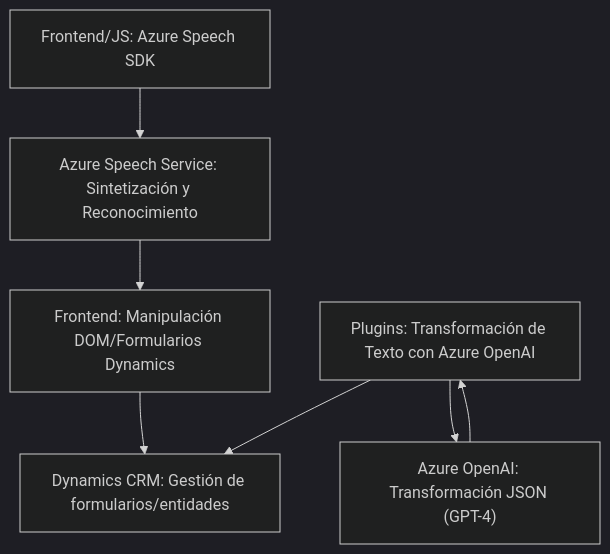
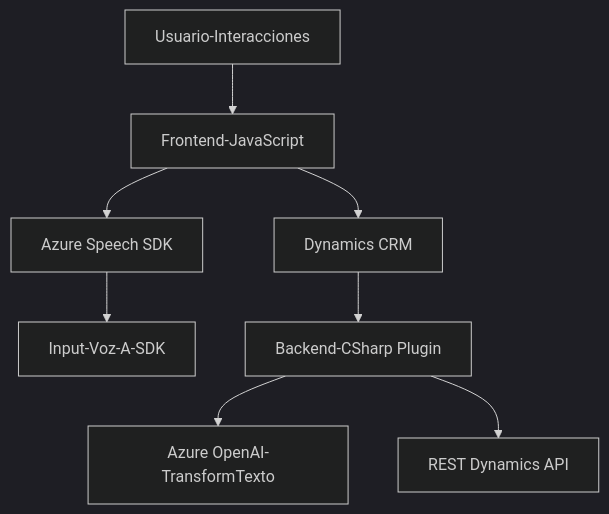
One commit to blopezdm/NETCORE_BILBAO2025 changed the diagram in README.md. Above: the diagram before and after it, drawn with Mermaid (dark theme). The commit also changed other lines of this file, not shown here.

Commit message:
Actualizar análisis global de la solución con IA

````diff
--- a/README.md
+++ b/README.md
@@ -38,16 +42,19 @@
 ```mermaid
 graph TD
-    A["Frontend/JS: Azure Speech SDK"]
-    B["Frontend: Manipulación DOM/Formularios Dynamics"]
-    C["Azure Speech Service: Sintetización y Reconocimiento"]
-    D["Plugins: Transformación de Texto con Azure OpenAI"]
-    E["Dynamics CRM: Gestión de formularios/entidades"]
-    F["Azure OpenAI: Transformación JSON (GPT-4)"]
+A["Usuario-Interacciones"]
+B["Frontend-JavaScript"]
+C["Azure Speech SDK"]
+D["Dynamics CRM"]
+E["Input-Voz-A-SDK"]
+F["Azure OpenAI-TransformTexto"]
+G["Backend-CSharp Plugin"]
+H["REST Dynamics API"]
 
-    A --> C
-    B --> E
-    C --> B
-    D --> F
-    D --> E
-    F --> D
+A --> B
+B --> C
+B --> D
+C --> E
+D --> G
+G --> F
+G --> H
 ```
````
